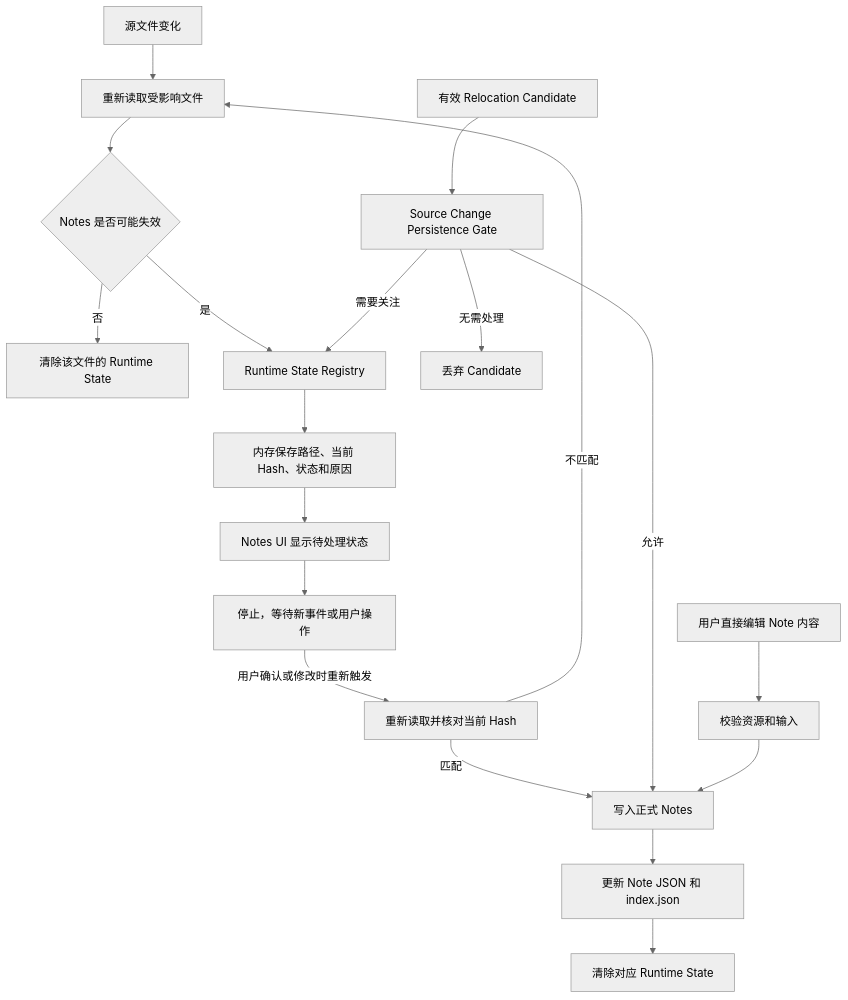
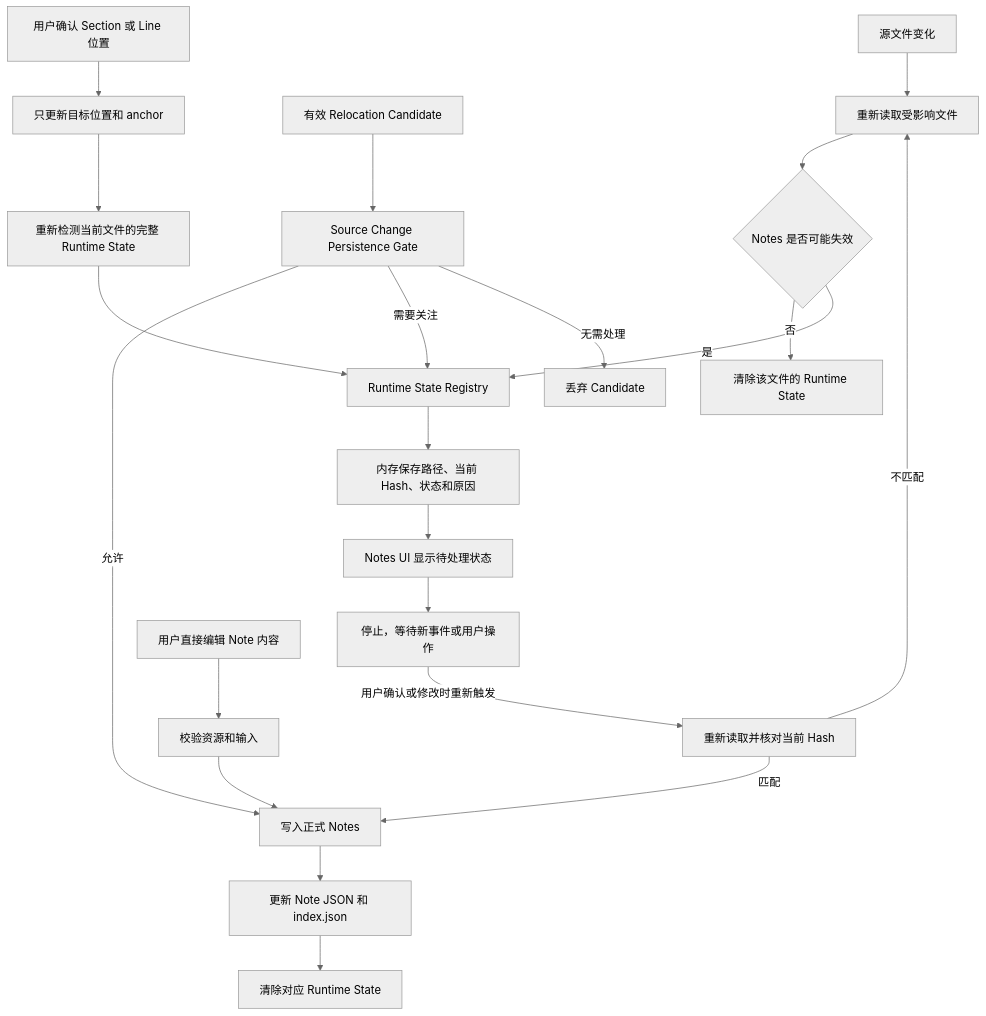
Before and after one commit to Leo7805/czaza: the second of 2 diagrams in .czaza/architecture-notes/diagrams/runtime-state-persistence-boundary.md, drawn with Mermaid (neutral theme). The commit also changed other lines of this file and 25 other files, not shown here.

````diff
--- a/.czaza/architecture-notes/diagrams/runtime-state-persistence-boundary.md
+++ b/.czaza/architecture-notes/diagrams/runtime-state-persistence-boundary.md
@@ -34,26 +34,30 @@
 ```mermaid
 flowchart TD
     A[源文件变化] --> B[重新读取受影响文件]
     B --> C{Notes 是否可能失效}
     C -->|否| D[清除该文件的 Runtime State]
     C -->|是| E[Runtime State Registry]
 
     E --> F[内存保存路径、当前 Hash、状态和原因]
     F --> G[Notes UI 显示待处理状态]
     G --> H[停止，等待新事件或用户操作]
     H -->|用户确认或修改时重新触发| J[重新读取并核对当前 Hash]
 
     J -->|不匹配| B
     J -->|匹配| L[写入正式 Notes]
 
     Q[有效 Relocation Candidate] --> K[Source Change Persistence Gate]
     K -->|允许| L
     K -->|需要关注| E
     K -->|无需处理| R[丢弃 Candidate]
 
     M[用户直接编辑 Note 内容] --> N[校验资源和输入]
     N --> L
 
+    S[用户确认 Section 或 Line 位置] --> T[只更新目标位置和 anchor]
+    T --> U[重新检测当前文件的完整 Runtime State]
+    U --> E
+
     L --> O[更新 Note JSON 和 index.json]
     O --> P[清除对应 Runtime State]
 ```
````
